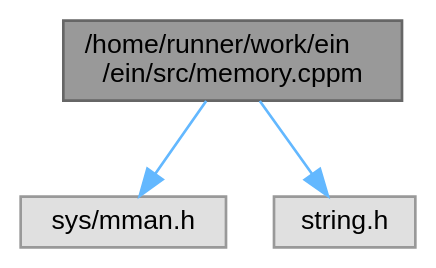
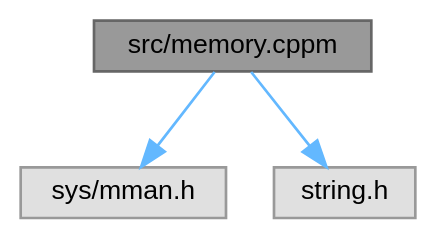
The diagram in d2/d50/memory_8cppm__incl.dot (ekmett/ein), drawn with Graphviz before and after one commit. The commit also changed 79 other files, not shown here.

```diff
--- a/d2/d50/memory_8cppm__incl.dot
+++ b/d2/d50/memory_8cppm__incl.dot
@@ -1,12 +1,12 @@
-digraph "/home/runner/work/ein/ein/src/memory.cppm"
+digraph "src/memory.cppm"
 {
  // LATEX_PDF_SIZE
   bgcolor="transparent";
   edge [fontname=Helvetica,fontsize=10,labelfontname=Helvetica,labelfontsize=10];
   node [fontname=Helvetica,fontsize=10,shape=box,height=0.2,width=0.4];
-  Node1 [id="Node000001",label="/home/runner/work/ein\l/ein/src/memory.cppm",height=0.2,width=0.4,color="gray40", fillcolor="grey60", style="filled", fontcolor="black",tooltip=" "];
+  Node1 [id="Node000001",label="src/memory.cppm",height=0.2,width=0.4,color="gray40", fillcolor="grey60", style="filled", fontcolor="black",tooltip=" "];
   Node1 -> Node2 [id="edge1_Node000001_Node000002",color="steelblue1",style="solid",tooltip=" "];
   Node2 [id="Node000002",label="sys/mman.h",height=0.2,width=0.4,color="grey60", fillcolor="#E0E0E0", style="filled",tooltip=" "];
   Node1 -> Node3 [id="edge2_Node000001_Node000003",color="steelblue1",style="solid",tooltip=" "];
   Node3 [id="Node000003",label="string.h",height=0.2,width=0.4,color="grey60", fillcolor="#E0E0E0", style="filled",tooltip=" "];
 }
```
